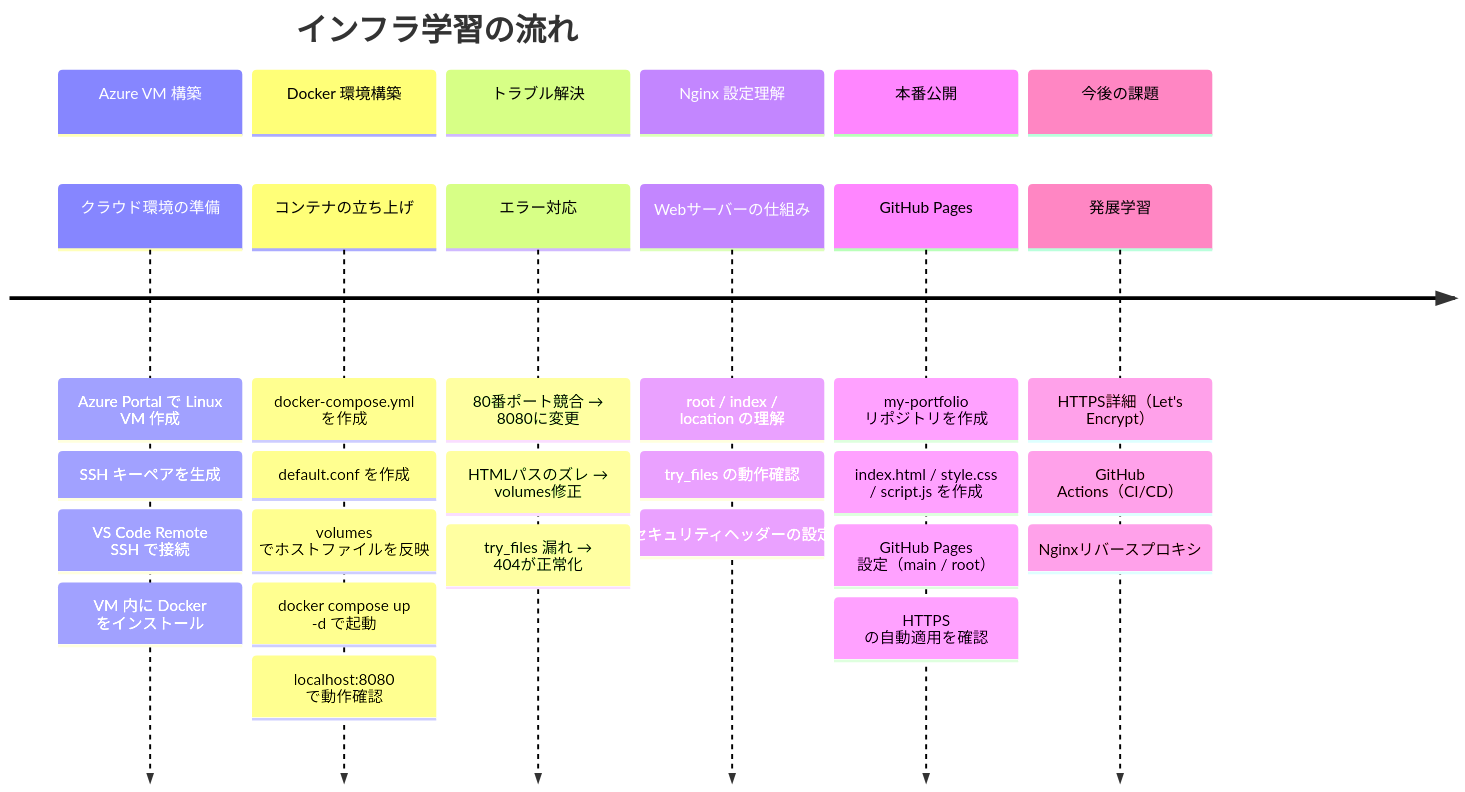
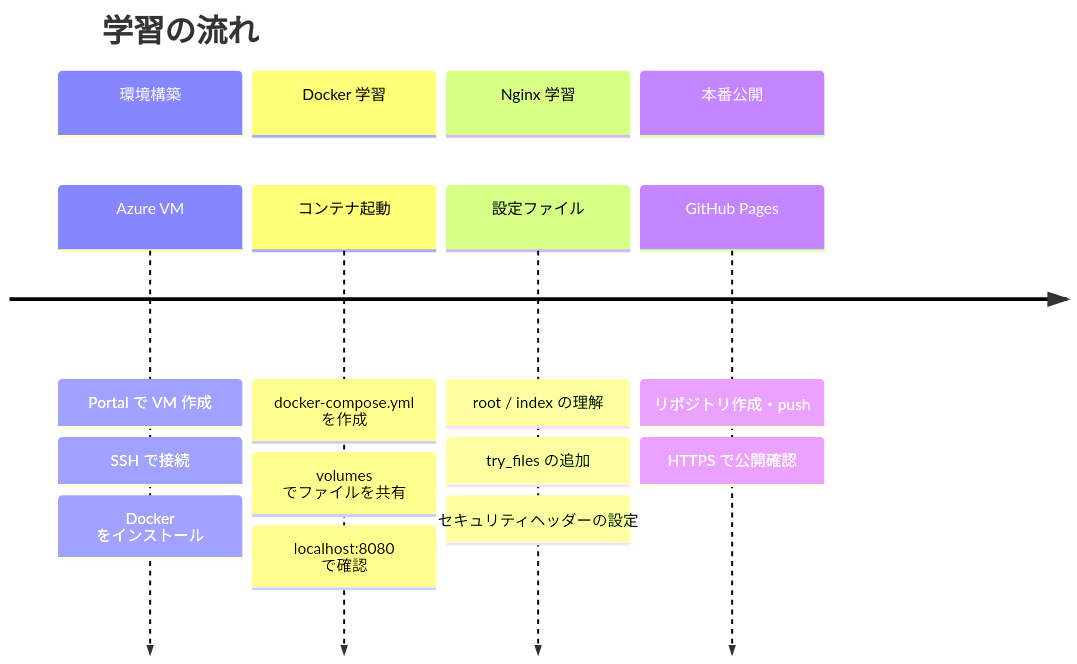
The sixth of 6 diagrams in DIAGRAMS.md (syo-go5530/nginx-docker-portfolio), drawn with Mermaid before and after one commit. The commit also changed other lines of this file, not shown here.

````diff
--- a/DIAGRAMS.md
+++ b/DIAGRAMS.md
@@ -144,32 +96,19 @@
 ```mermaid
 timeline
-    title インフラ学習の流れ
-    section Azure VM 構築
-        クラウド環境の準備  : Azure Portal で Linux VM 作成
-                           : SSH キーペアを生成
-                           : VS Code Remote SSH で接続
-                           : VM 内に Docker をインストール
-    section Docker 環境構築
-        コンテナの立ち上げ  : docker-compose.yml を作成
-                           : default.conf を作成
-                           : volumes でホストファイルを反映
-                           : docker compose up -d で起動
-                           : localhost:8080 で動作確認
-    section トラブル解決
-        エラー対応          : 80番ポート競合 → 8080に変更
-                           : HTMLパスのズレ → volumes修正
-                           : try_files 漏れ → 404が正常化
-    section Nginx 設定理解
-        Webサーバーの仕組み : root / index / location の理解
-                           : try_files の動作確認
-                           : セキュリティヘッダーの設定
+    title 学習の流れ
+    section 環境構築
+        Azure VM     : Portal で VM 作成
+                     : SSH で接続
+                     : Docker をインストール
+    section Docker 学習
+        コンテナ起動 : docker-compose.yml を作成
+                     : volumes でファイルを共有
+                     : localhost:8080 で確認
+    section Nginx 学習
+        設定ファイル : root / index の理解
+                     : try_files の追加
+                     : セキュリティヘッダーの設定
     section 本番公開
-        GitHub Pages        : my-portfolio リポジトリを作成
-                           : index.html / style.css / script.js を作成
-                           : GitHub Pages 設定（main / root）
-                           : HTTPS の自動適用を確認
-    section 今後の課題
-        発展学習            : HTTPS詳細（Let's Encrypt）
-                           : GitHub Actions（CI/CD）
-                           : Nginxリバースプロキシ
+        GitHub Pages : リポジトリ作成・push
+                     : HTTPS で公開確認
 ```
````
